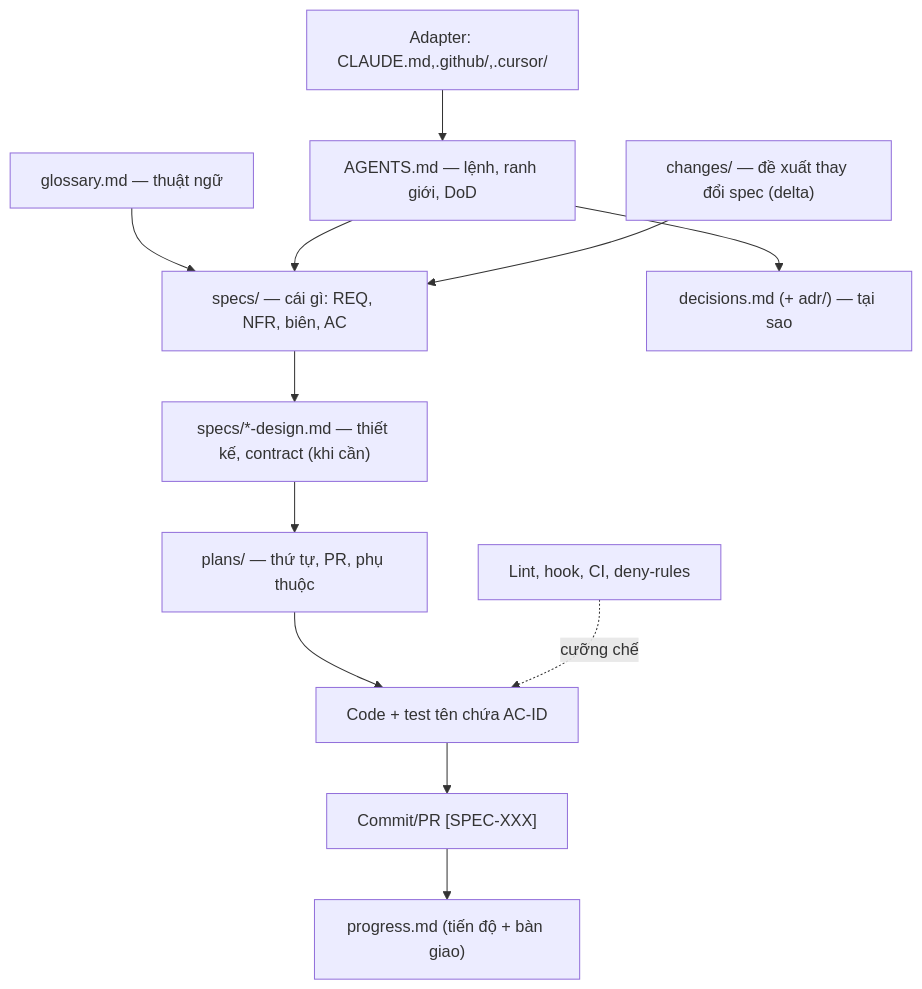
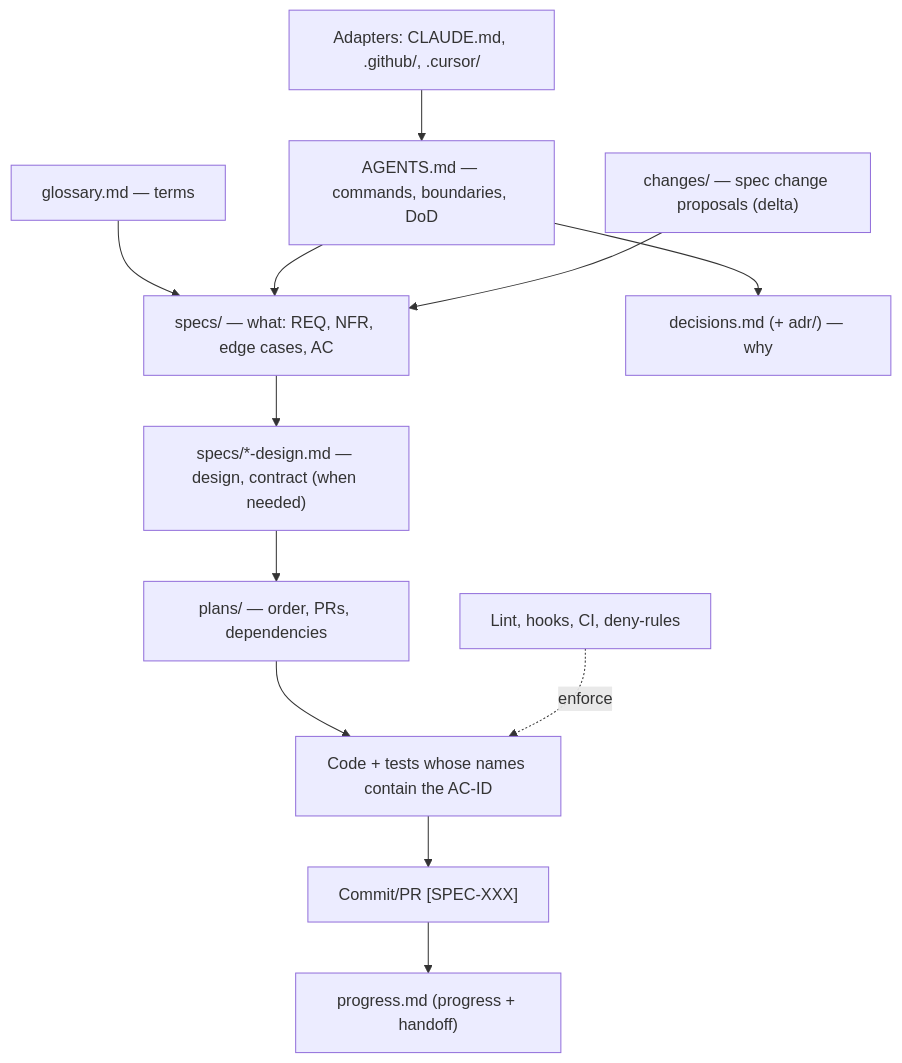
Before and after one commit to huongmh14/writing-spec-for-ai: the diagram in references/principles.md, drawn with Mermaid. The commit also changed other lines of this file, not shown here.

````diff
--- a/references/principles.md
+++ b/references/principles.md
@@ -22,14 +22,14 @@
 ```mermaid
 flowchart TD
-    G["glossary.md — thuật ngữ"] --> C
-    A["AGENTS.md — lệnh, ranh giới, DoD"] --> B["decisions.md (+ adr/) — tại sao"]
-    A --> C["specs/ — cái gì: REQ, NFR, biên, AC"]
-    C --> DS["specs/*-design.md — thiết kế, contract (khi cần)"]
-    DS --> D["plans/ — thứ tự, PR, phụ thuộc"]
-    CH["changes/ — đề xuất thay đổi spec (delta)"] --> C
-    D --> E["Code + test tên chứa AC-ID"]
+    G["glossary.md — terms"] --> C
+    A["AGENTS.md — commands, boundaries, DoD"] --> B["decisions.md (+ adr/) — why"]
+    A --> C["specs/ — what: REQ, NFR, edge cases, AC"]
+    C --> DS["specs/*-design.md — design, contract (when needed)"]
+    DS --> D["plans/ — order, PRs, dependencies"]
+    CH["changes/ — spec change proposals (delta)"] --> C
+    D --> E["Code + tests whose names contain the AC-ID"]
     E --> F["Commit/PR [SPEC-XXX]"]
-    F --> P["progress.md (tiến độ + bàn giao)"]
-    H["Adapter: CLAUDE.md,.github/,.cursor/"] --> A
-    I["Lint, hook, CI, deny-rules"] -.cưỡng chế.-> E
+    F --> P["progress.md (progress + handoff)"]
+    H["Adapters: CLAUDE.md, .github/, .cursor/"] --> A
+    I["Lint, hooks, CI, deny-rules"] -.enforce.-> E
 ```
````
